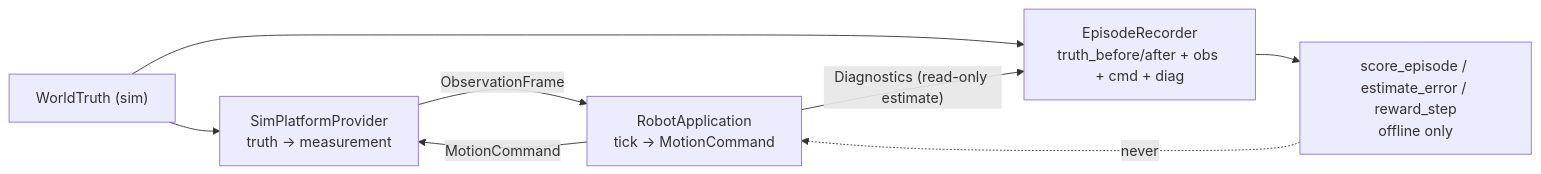
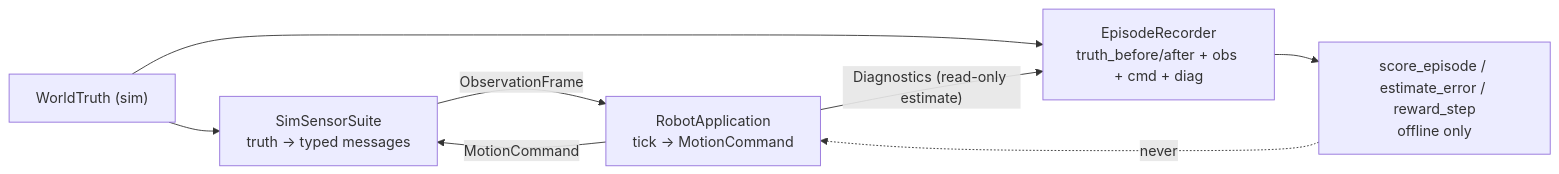
One commit to Robin-1978/lost-signal changed the diagram in docs/truth-isolation.md. Above: the diagram before and after it, drawn with Mermaid. The commit also changed 23 other files, not shown here.

Commit message:
refactor: unify provider seam on typed messages with suite composer

````diff
--- a/docs/truth-isolation.md
+++ b/docs/truth-isolation.md
@@ -18,10 +18,10 @@
 ```mermaid
 flowchart LR
-  Truth["WorldTruth (sim)"] --> Prov["SimPlatformProvider<br/>truth -> measurement"]
+  Truth["WorldTruth (sim)"] --> Prov["SimSensorSuite<br/>truth -> typed messages"]
   Prov -->|"ObservationFrame"| App["RobotApplication<br/>tick -> MotionCommand"]
   App -->|"MotionCommand"| Prov
   Truth --> Rec["EpisodeRecorder<br/>truth_before/after + obs + cmd + diag"]
   App -->|"Diagnostics (read-only estimate)"| Rec
   Rec --> Score["score_episode / estimate_error / reward_step<br/>offline only"]
   Score -.->|"never"| App
 ```
````
